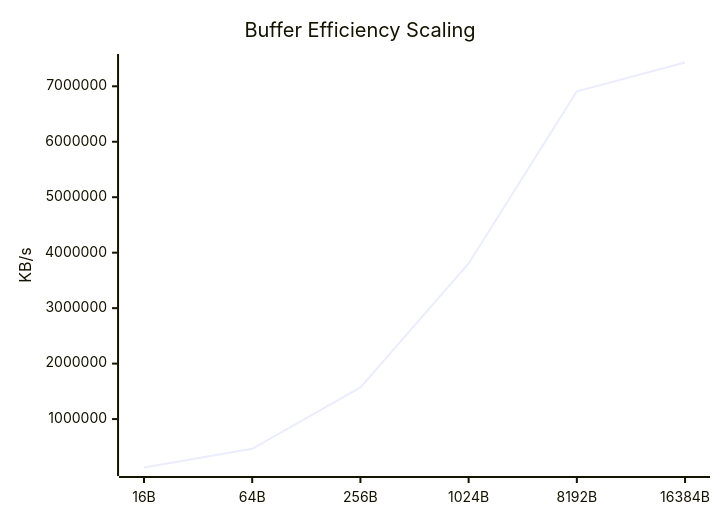
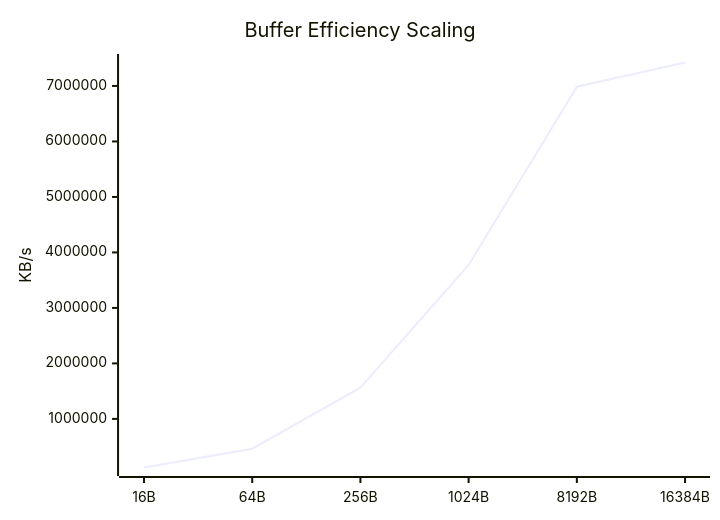
The fifth of 9 diagrams in docs/Comparison_Report.md (taha2samy/openssl_fips), drawn with Mermaid before and after one commit. The commit also changed other lines of this file and 2 other files, not shown here.

````diff
--- a/docs/Comparison_Report.md
+++ b/docs/Comparison_Report.md
@@ -94,7 +94,7 @@
 ```mermaid
 xychart-beta
     title "Buffer Efficiency Scaling"
     x-axis [16B, 64B, 256B, 1024B, 8192B, 16384B]
     y-axis "KB/s"
-    line [126894.83, 463754.27, 1569736.96, 3806001.66, 6908260.35, 7428947.97]
+    line [124180.9, 462366.21, 1562962.43, 3774432.77, 6985859.07, 7422738.43]
 ```
````
